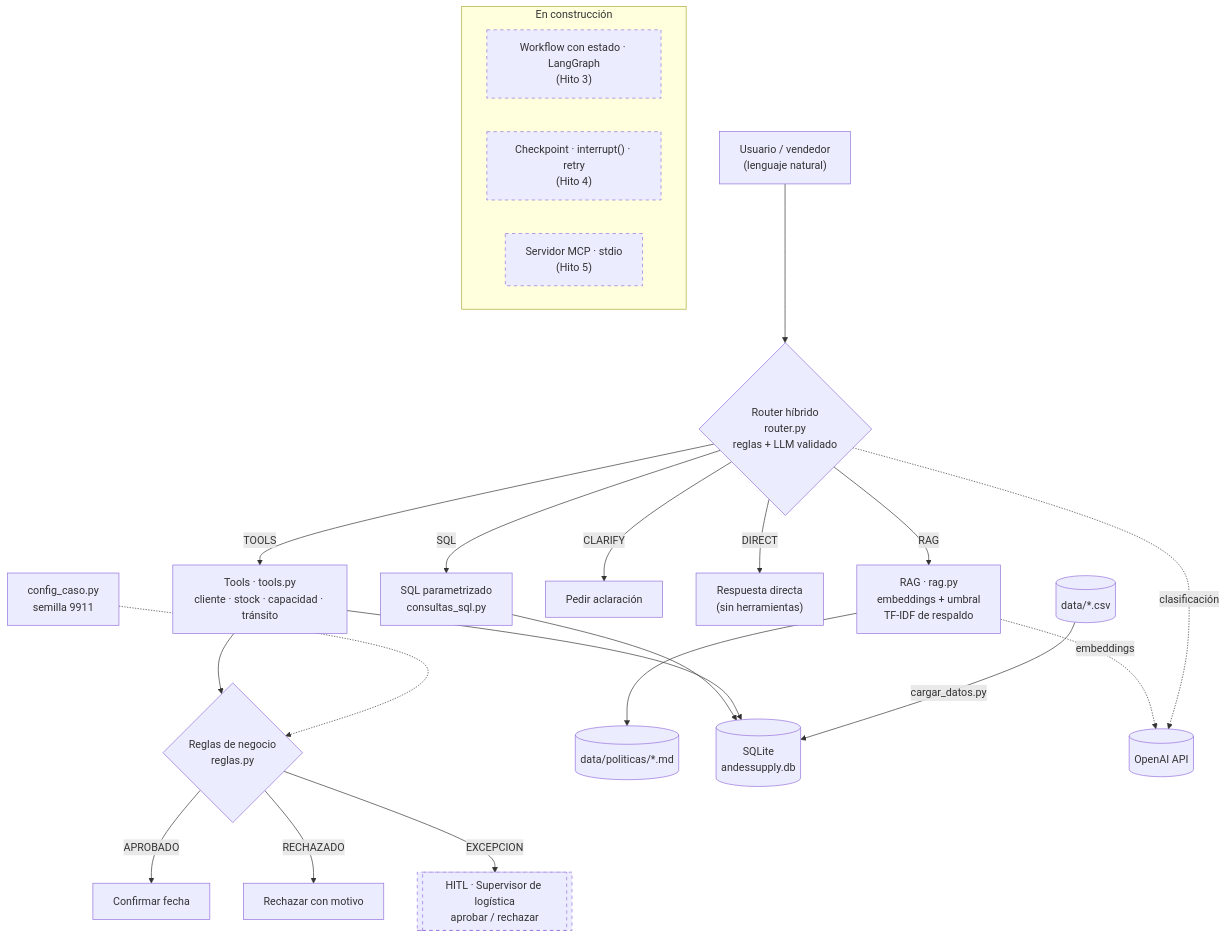
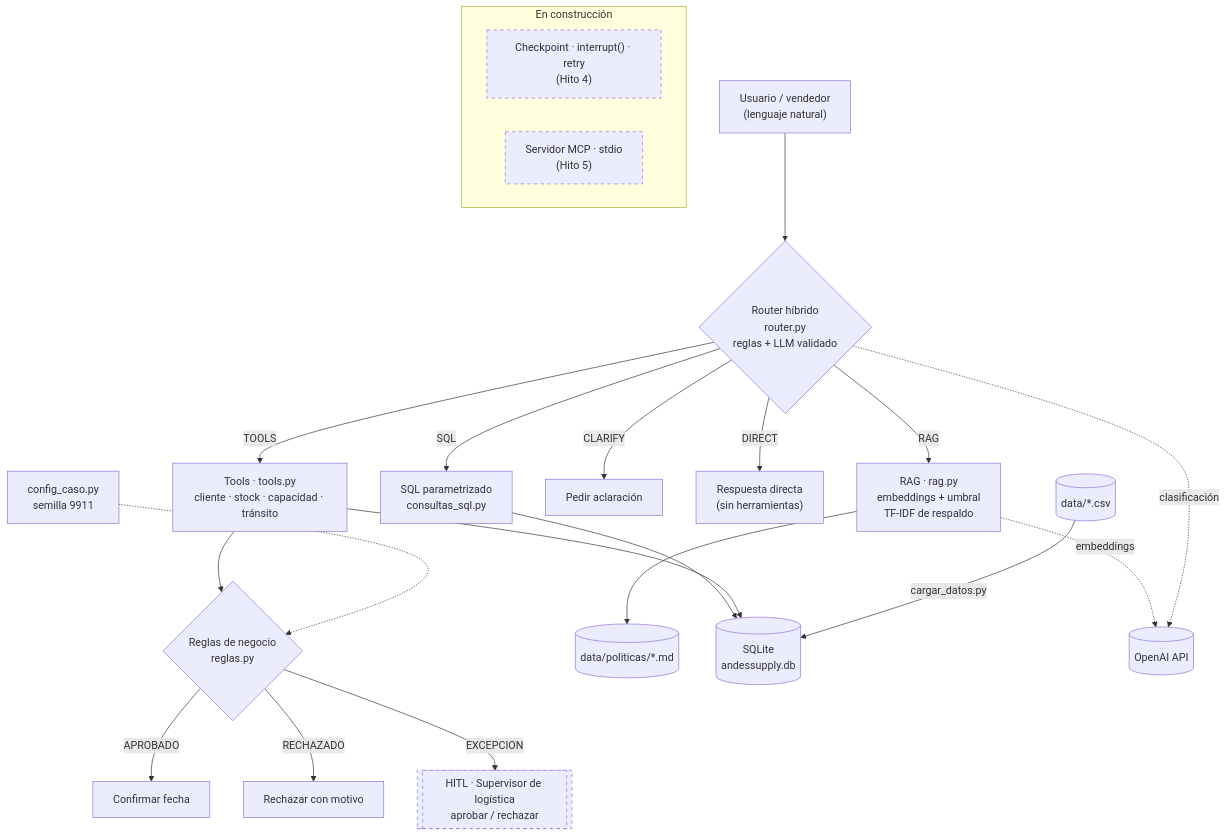
The diagram in README.md (cesardataviz/romero_cesar_modulo3_dsrp), drawn with Mermaid before and after one commit. The commit also changed other lines of this file and 7 other files, not shown here.

Commit message:
LOG-009: Hito 3 completado - workflow LangGraph, State pequeño y diagrama

````diff
--- a/README.md
+++ b/README.md
@@ -13,32 +13,31 @@
 ```mermaid
 flowchart TD
     U["Usuario / vendedor<br/>(lenguaje natural)"] --> R{"Router híbrido<br/>router.py<br/>reglas + LLM validado"}
 
     R -->|RAG| RAG["RAG · rag.py<br/>embeddings + umbral<br/>TF-IDF de respaldo"]
     R -->|SQL| SQL["SQL parametrizado<br/>consultas_sql.py"]
     R -->|TOOLS| T["Tools · tools.py<br/>cliente · stock · capacidad · tránsito"]
     R -->|CLARIFY| C["Pedir aclaración"]
     R -->|DIRECT| D["Respuesta directa<br/>(sin herramientas)"]
 
     T --> RG{"Reglas de negocio<br/>reglas.py"}
     RG -->|APROBADO| OK["Confirmar fecha"]
     RG -->|RECHAZADO| NO["Rechazar con motivo"]
     RG -->|EXCEPCION| H[["HITL · Supervisor de logística<br/>aprobar / rechazar"]]
 
     RAG --> DOCS[("data/politicas/*.md")]
     SQL --> DB[("SQLite<br/>andessupply.db")]
     T --> DB
     CSV[("data/*.csv")] -->|cargar_datos.py| DB
     CFG["config_caso.py<br/>semilla 9911"] -.-> RG
     RAG -.->|embeddings| OAI[("OpenAI API")]
     R -.->|clasificación| OAI
 
     subgraph PLAN["En construcción"]
-        LG["Workflow con estado · LangGraph<br/>(Hito 3)"]
         HI["Checkpoint · interrupt() · retry<br/>(Hito 4)"]
         MCP["Servidor MCP · stdio<br/>(Hito 5)"]
     end
 
     classDef pendiente stroke-dasharray: 5 5
-    class H,LG,HI,MCP pendiente
+    class H,HI,MCP pendiente
 ```
````
